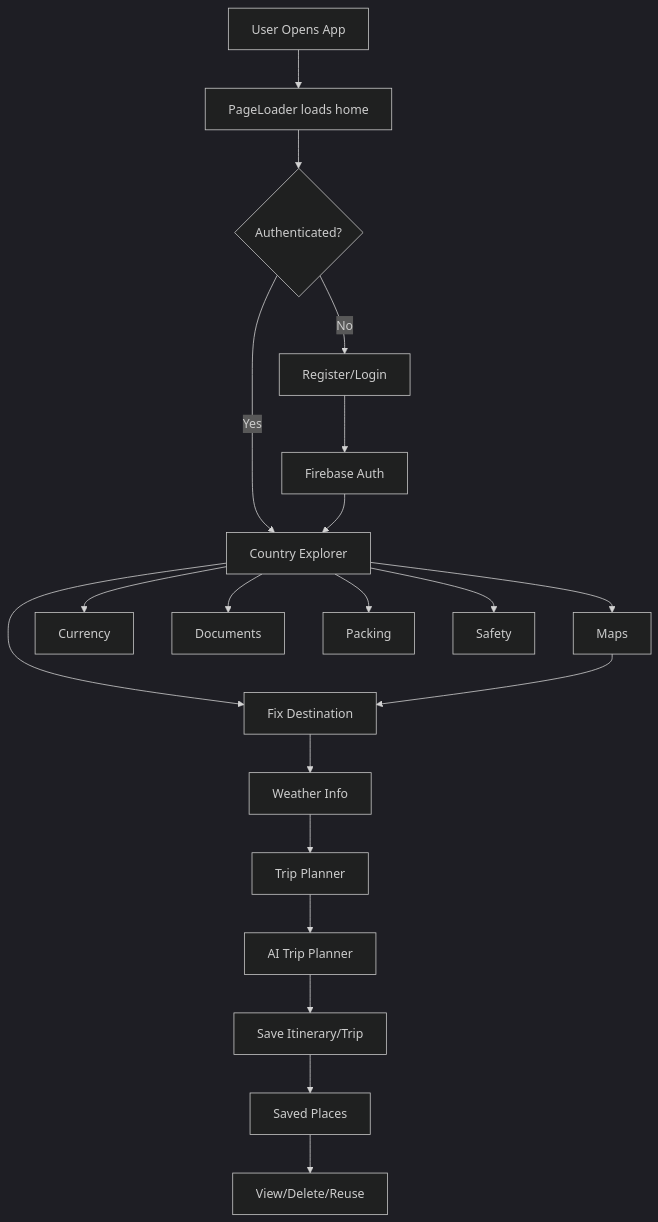
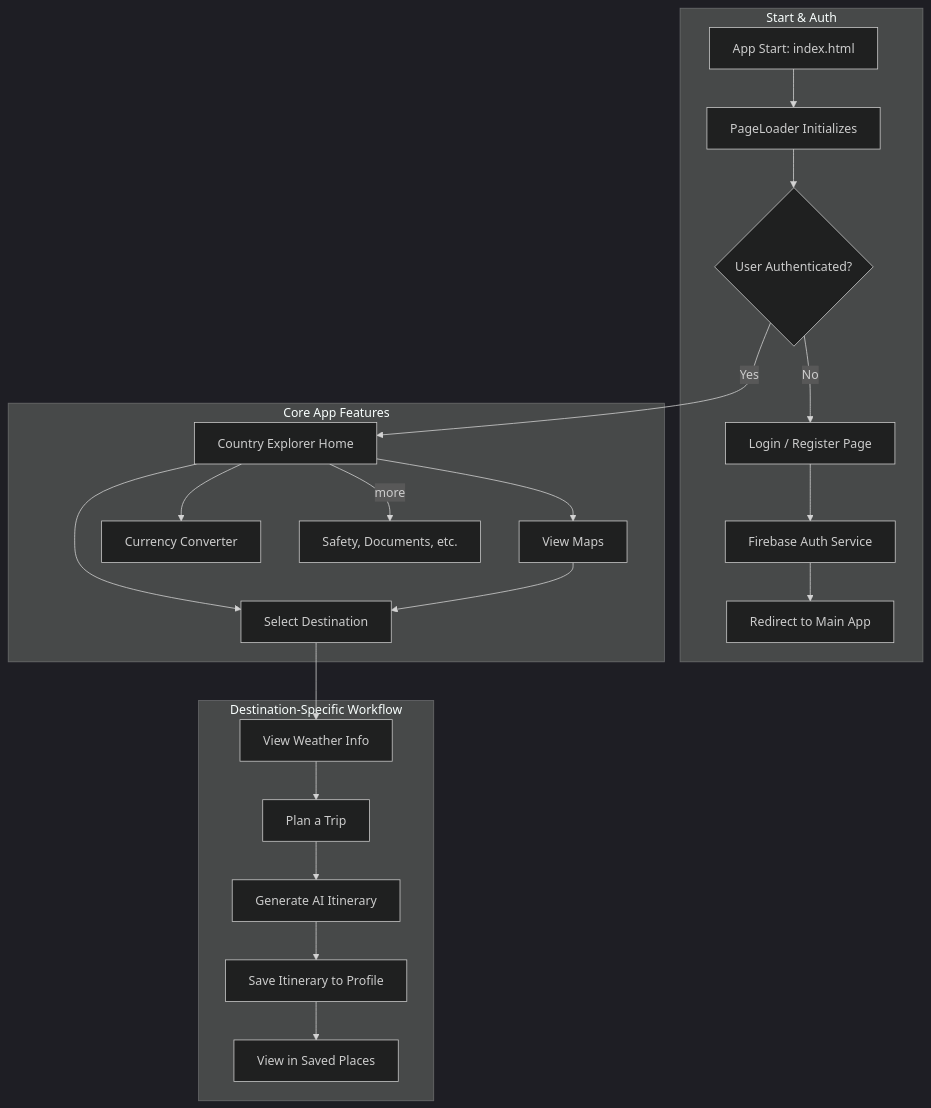
The diagram in README.md (krishnadev655/Globemate2), drawn with Mermaid (dark theme) before and after one commit. The commit also changed other lines of this file and 5 other files, not shown here.

````diff
--- a/README.md
+++ b/README.md
@@ -7,22 +9,28 @@
 ```mermaid
-flowchart TD
-  A[User Opens App] --> B[PageLoader loads home]
-  B --> C{Authenticated?}
-  C -- No --> D[Register/Login]
-  C -- Yes --> E[Country Explorer]
-  D --> F[Firebase Auth]
-  F --> E
-  E --> G[Fix Destination]
-  G --> H[Weather Info]
-  H --> I[Trip Planner]
-  I --> J[AI Trip Planner]
-  J --> K[Save Itinerary/Trip]
-  K --> L[Saved Places]
-  L --> M[View/Delete/Reuse]
-  E --> N[Maps]
-  N --> G
-  E --> O[Currency]
-  E --> P[Documents]
-  E --> Q[Packing]
-  E --> R[Safety]
+graph TD
+    subgraph "Start & Auth"
+        A[App Start: index.html] --> B[PageLoader Initializes]
+        B --> C{User Authenticated?}
+        C -- No --> D[Login / Register Page]
+        D --> E[Firebase Auth Service]
+        E --> F[Redirect to Main App]
+    end
+
+    subgraph "Core App Features"
+        C -- Yes --> G[Country Explorer Home]
+        G --> H[Select Destination]
+        G --> I[View Maps]
+        G --> J[Currency Converter]
+        G -- more --> K[Safety, Documents, etc.]
+    end
+
+    subgraph "Destination-Specific Workflow"
+        H --> L[View Weather Info]
+        L --> M[Plan a Trip]
+        M --> N[Generate AI Itinerary]
+        N --> O[Save Itinerary to Profile]
+        O --> P[View in Saved Places]
+    end
+
+    I --> H
 ```
````
